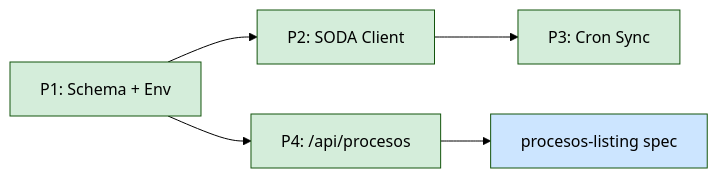
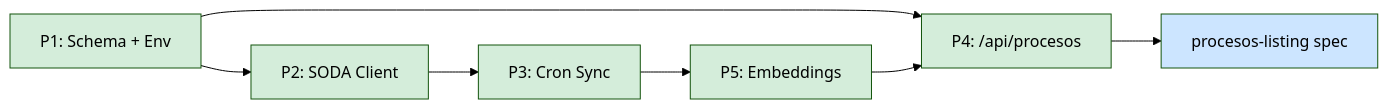
One commit to agentezai/coltratos changed the second of 2 diagrams in docs/ingesta-secop/feat/00-overview.md. Above: the diagram before and after it, drawn with Mermaid (forest theme). The commit also changed other lines of this file and 27 other files, not shown here.

````diff
--- a/docs/ingesta-secop/feat/00-overview.md
+++ b/docs/ingesta-secop/feat/00-overview.md
@@ -55,19 +64,23 @@
 ```mermaid
 flowchart LR
     P1["P1: Schema + Env"]
     P2["P2: SODA Client"]
     P3["P3: Cron Sync"]
+    P5["P5: Embeddings"]
     P4["P4: /api/procesos"]
     PL["procesos-listing spec"]
 
     P1 --> P2
     P1 --> P4
     P2 --> P3
+    P3 --> P5
+    P5 --> P4
     P4 --> PL
 
     style P1 fill:#d4edda
     style P2 fill:#d4edda
     style P3 fill:#d4edda
+    style P5 fill:#d4edda
     style P4 fill:#d4edda
     style PL fill:#cce5ff
 ```
````
